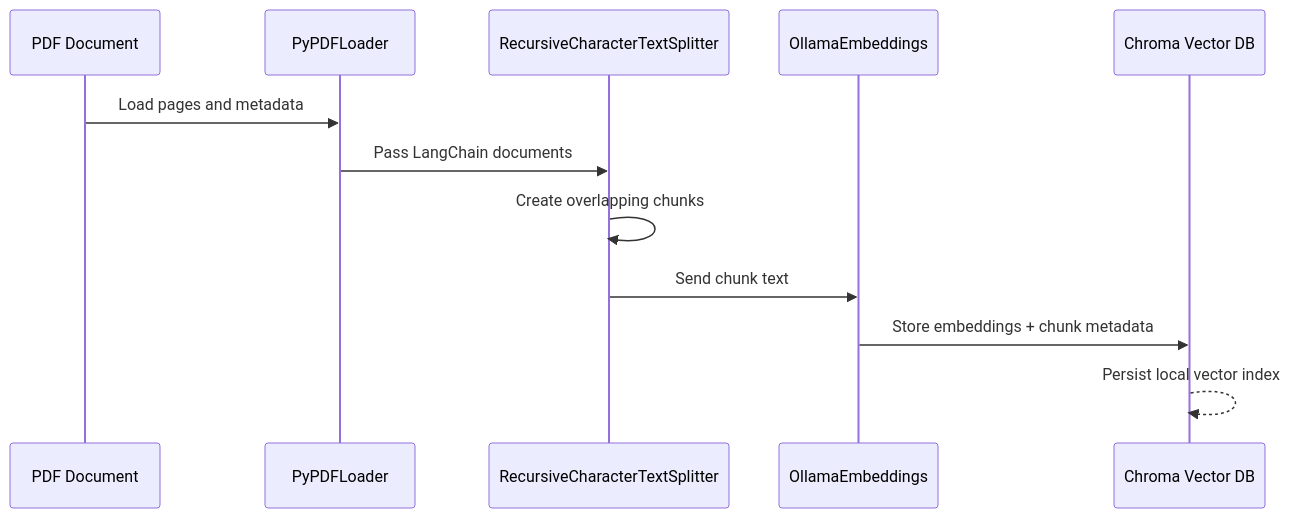
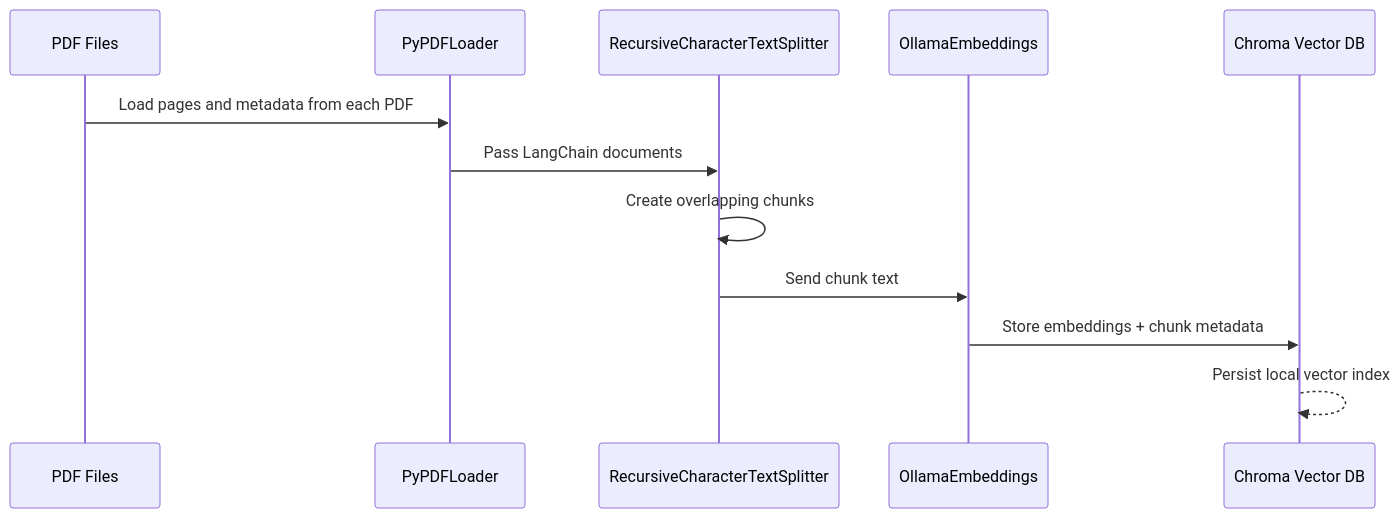
Before and after one commit to skdotv/mini-qwen-chat: the second of 3 diagrams in README.md, drawn with Mermaid. The commit also changed other lines of this file and 6 other files, not shown here.

````diff
--- a/README.md
+++ b/README.md
@@ -139,15 +143,15 @@
 ```mermaid
 sequenceDiagram
-    participant PDF as PDF Document
+    participant PDFs as PDF Files
     participant Loader as PyPDFLoader
     participant Splitter as RecursiveCharacterTextSplitter
     participant Embedder as OllamaEmbeddings
     participant Chroma as Chroma Vector DB
 
-    PDF->>Loader: Load pages and metadata
+    PDFs->>Loader: Load pages and metadata from each PDF
     Loader->>Splitter: Pass LangChain documents
     Splitter->>Splitter: Create overlapping chunks
     Splitter->>Embedder: Send chunk text
     Embedder->>Chroma: Store embeddings + chunk metadata
     Chroma-->>Chroma: Persist local vector index
 ```
````
